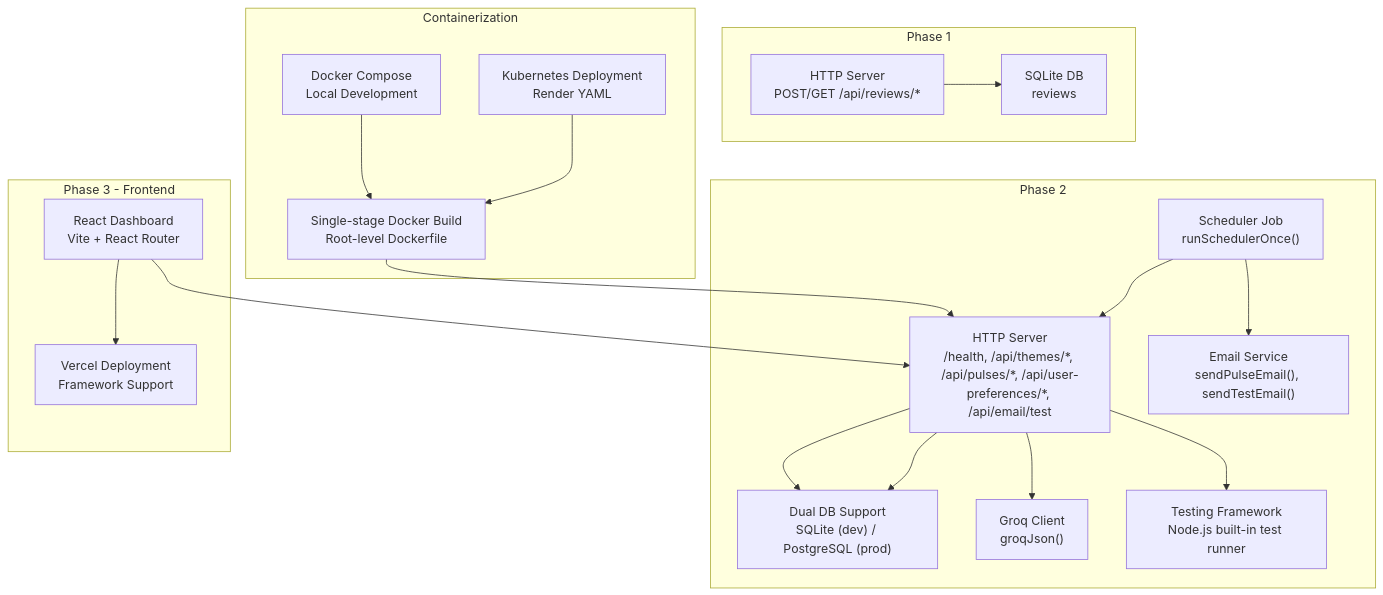
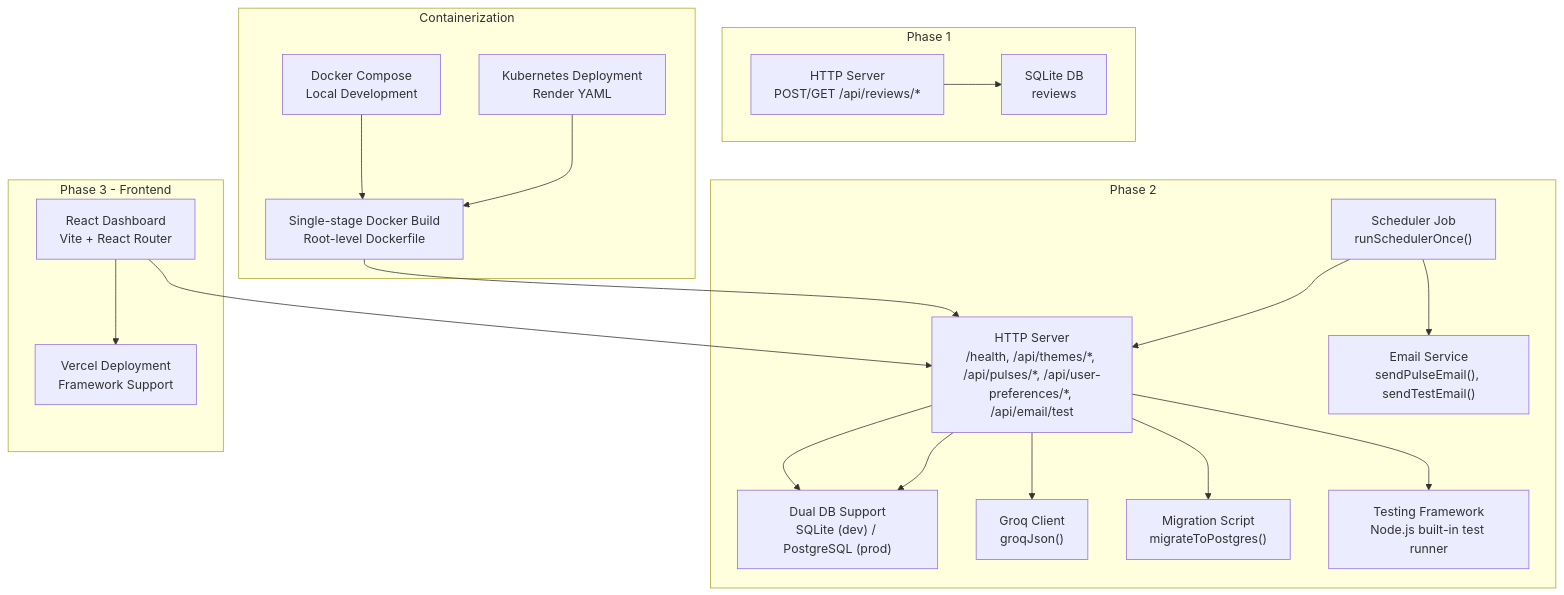
Before and after one commit to aravinthraj-ramalingam/Groww-App-Review-Insights-Analyzer-: the first of 5 diagrams in .qoder/repowiki/en/content/Deployment & Operations.md, drawn with Mermaid. The commit also changed other lines of this file and 5 other files, not shown here.

````diff
--- a/.qoder/repowiki/en/content/Deployment & Operations.md
+++ b/.qoder/repowiki/en/content/Deployment & Operations.md
@@ -88,36 +90,38 @@
 ```mermaid
 graph TB
 subgraph "Phase 1"
 P1S["HTTP Server<br/>POST/GET /api/reviews/*"]
 P1DB["SQLite DB<br/>reviews"]
 end
 subgraph "Phase 2"
 P2S["HTTP Server<br/>/health, /api/themes/*, /api/pulses/*, /api/user-preferences/*, /api/email/test"]
 P2DB["Dual DB Support<br/>SQLite (dev) / PostgreSQL (prod)"]
 SCH["Scheduler Job<br/>runSchedulerOnce()"]
 EMAIL["Email Service<br/>sendPulseEmail(), sendTestEmail()"]
 GROQ["Groq Client<br/>groqJson()"]
+MIGRATE["Migration Script<br/>migrateToPostgres()"]
 TESTS["Testing Framework<br/>Node.js built-in test runner"]
 end
 subgraph "Phase 3 - Frontend"
 FRONTEND["React Dashboard<br/>Vite + React Router"]
 VERCEL["Vercel Deployment<br/>Framework Support"]
 end
 subgraph "Containerization"
 DOCKER["Single-stage Docker Build<br/>Root-level Dockerfile"]
 K8S["Kubernetes Deployment<br/>Render YAML"]
 COMPOSE["Docker Compose<br/>Local Development"]
 end
 P1S --> P1DB
 P2S --> P2DB
 SCH --> P2S
 SCH --> EMAIL
 P2S --> GROQ
 P2S --> P2DB
 P2S --> TESTS
+P2S --> MIGRATE
 FRONTEND --> P2S
 FRONTEND --> VERCEL
 DOCKER --> P2S
 K8S --> DOCKER
 COMPOSE --> DOCKER
 ```
````
